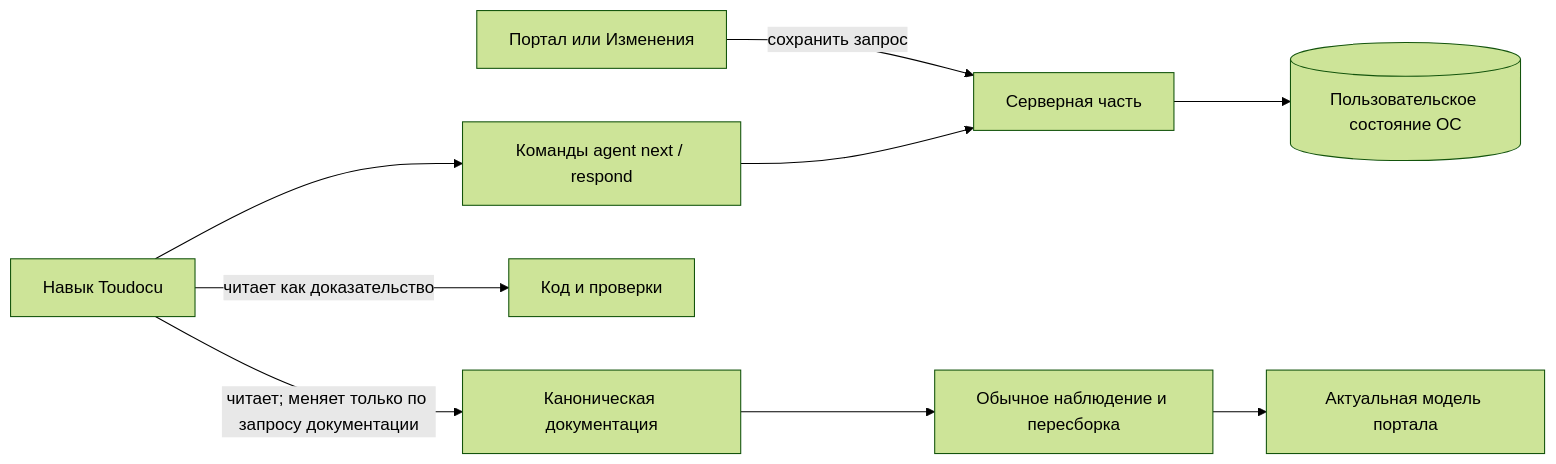
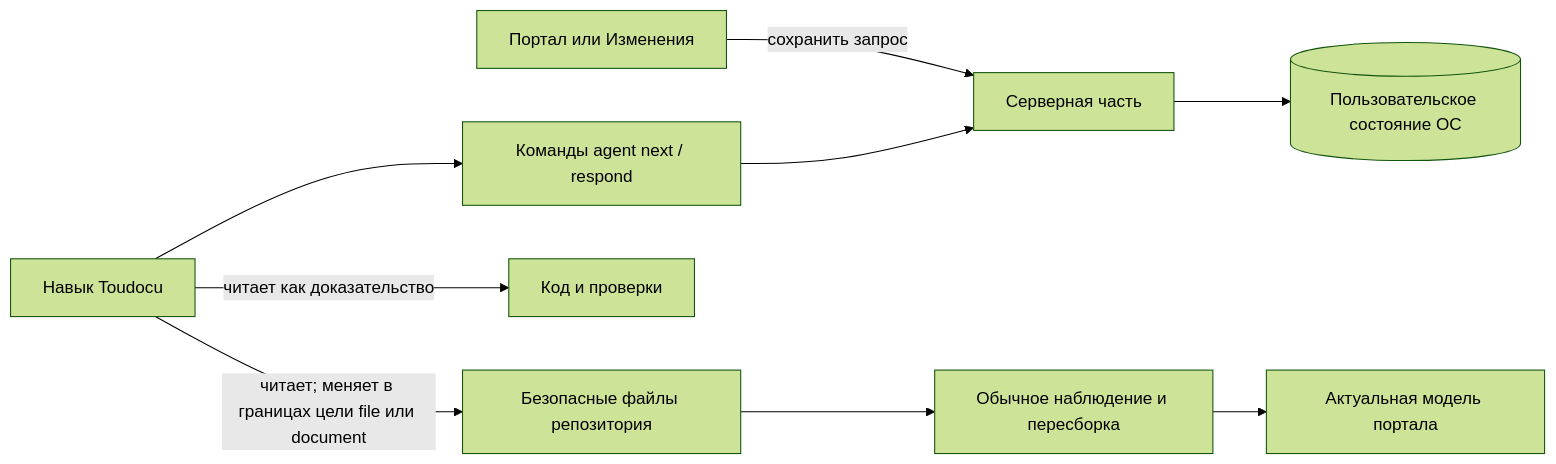
The diagram in docs/architecture/agent-feedback-delivery.md (lumenikoly/toudocu), drawn with Mermaid (forest theme) before and after one commit. The commit also changed other lines of this file and 33 other files, not shown here.

````diff
--- a/docs/architecture/agent-feedback-delivery.md
+++ b/docs/architecture/agent-feedback-delivery.md
@@ -14,11 +14,11 @@
 ```mermaid
 flowchart LR
     Browser[Портал или Изменения] -->|сохранить запрос| Core[Серверная часть]
     Core --> Store[(Пользовательское состояние ОС)]
     CLI[Команды agent next / respond] --> Core
     Skill[Навык Toudocu] --> CLI
     Skill -->|читает как доказательство| Code[Код и проверки]
-    Skill -->|читает; меняет только по запросу документации| Docs[Каноническая документация]
-    Docs --> Watcher[Обычное наблюдение и пересборка]
+    Skill -->|читает; меняет в границах цели file или document| Sources[Безопасные файлы репозитория]
+    Sources --> Watcher[Обычное наблюдение и пересборка]
     Watcher --> Portal[Актуальная модель портала]
 ```
````
